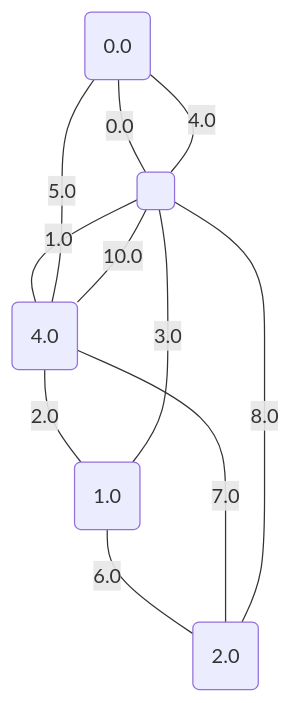
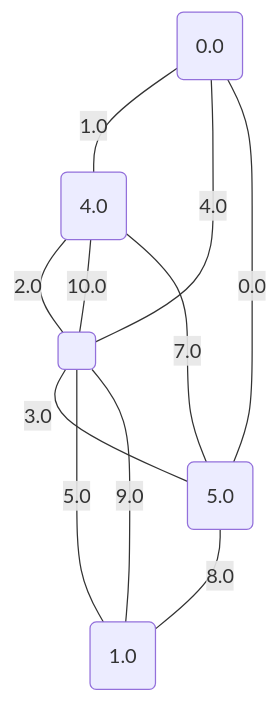
Diagram 11 of 17 in project/src/testing/minCutPetersen.md (metury/graphs), drawn with Mermaid before and after one commit. The commit also changed other lines of this file and 50 other files, not shown here.

````diff
--- a/project/src/testing/minCutPetersen.md
+++ b/project/src/testing/minCutPetersen.md
@@ -291,18 +291,18 @@
 ```mermaid
 graph TD;
 0("0.0");
 1("1.0");
-2("2.0");
-3("4.0");
+2("4.0");
+3("5.0");
 4(" ");
-	0 -- "0.0" --- 4;
-	4 -- "1.0" --- 3;
-	3 -- "2.0" --- 1;
-	1 -- "3.0" --- 4;
-	4 -- "4.0" --- 0;
-	0 -- "5.0" --- 3;
-	1 -- "6.0" --- 2;
+	3 -- "0.0" --- 0;
+	0 -- "1.0" --- 2;
+	2 -- "2.0" --- 4;
+	4 -- "3.0" --- 3;
+	0 -- "4.0" --- 4;
+	4 -- "5.0" --- 1;
 	3 -- "7.0" --- 2;
-	4 -- "8.0" --- 2;
-	3 -- "10.0" --- 4;
+	3 -- "8.0" --- 1;
+	4 -- "9.0" --- 1;
+	2 -- "10.0" --- 4;
 ```
````
